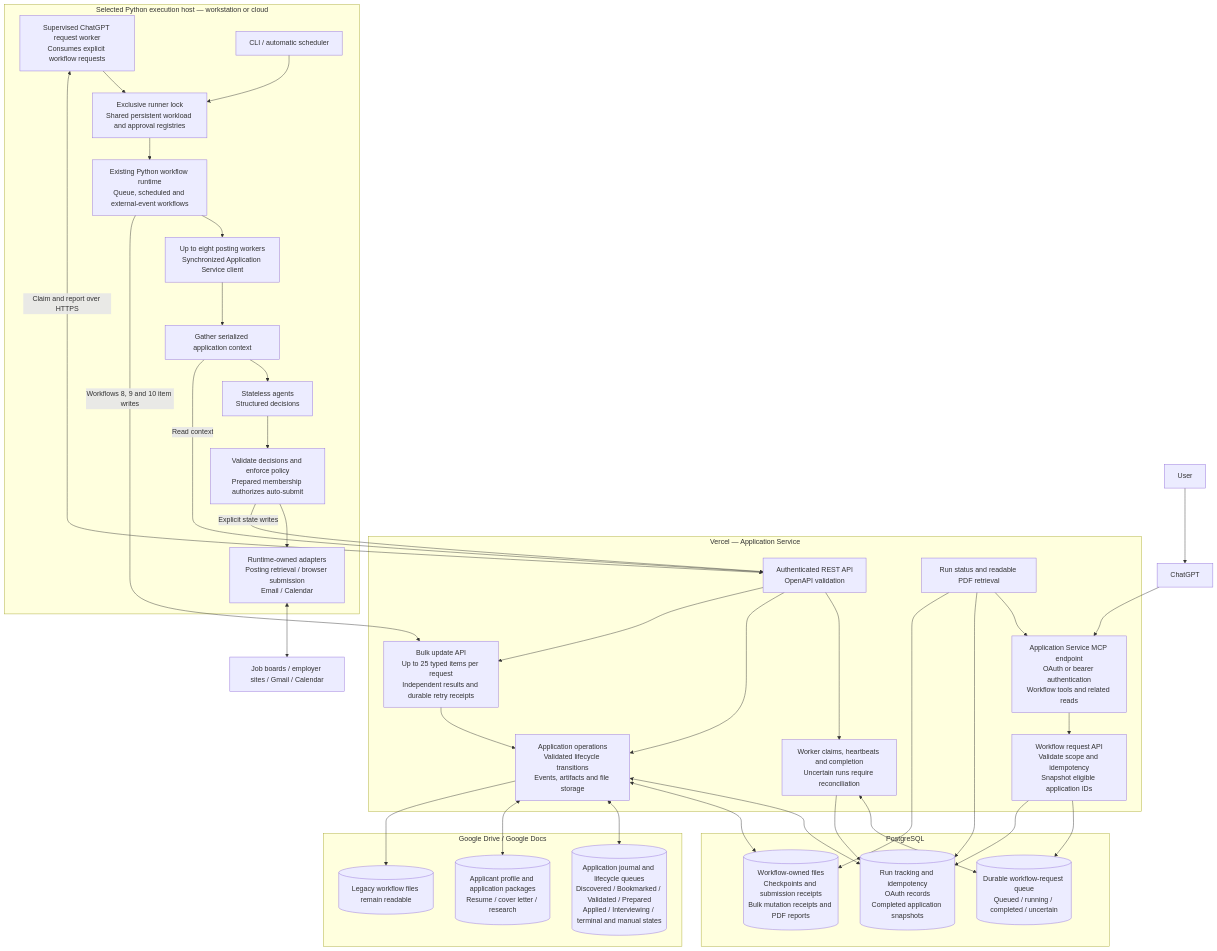
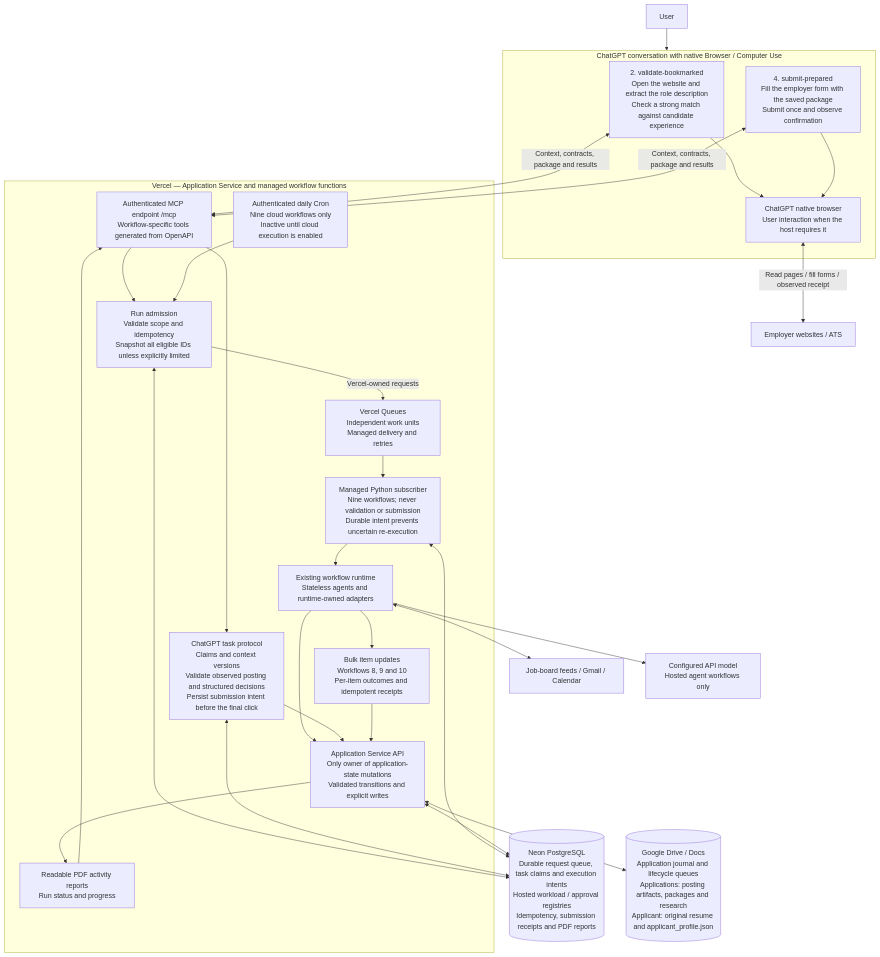
One commit to assafep/ai-job-search-system changed the first of 3 diagrams in docs/architecture.md. Above: the diagram before and after it, drawn with Mermaid. The commit also changed other lines of this file and 40 other files, not shown here.

Commit message:
Execute browser workflows in native ChatGPT through validated MCP tasks

````diff
--- a/docs/architecture.md
+++ b/docs/architecture.md
@@ -12,68 +18,44 @@
 ```mermaid
 flowchart TB
-    USER[User] --> CHAT[ChatGPT]
-    CHAT --> MCP["Application Service MCP endpoint<br/>OAuth or bearer authentication<br/>Workflow tools and related reads"]
+    USER[User] --> CHAT
+    subgraph CHAT["ChatGPT conversation with native Browser / Computer Use"]
+        VALIDATE["2. validate-bookmarked<br/>Open the website and extract the role description<br/>Check a strong match against candidate experience"]
+        SUBMIT["4. submit-prepared<br/>Fill the employer form with the saved package<br/>Submit once and observe confirmation"]
+        BROWSER["ChatGPT native browser<br/>User interaction when the host requires it"]
+        VALIDATE --> BROWSER
+        SUBMIT --> BROWSER
+    end
+    BROWSER <-->|Read pages / fill forms / observed receipt| SITES[Employer websites / ATS]
+    VALIDATE & SUBMIT <-->|Context, contracts, package and results| MCP
 
-    subgraph VERCEL["Vercel — Application Service"]
-        MCP --> RUNAPI["Workflow request API<br/>Validate scope and idempotency<br/>Snapshot eligible application IDs"]
-        REST["Authenticated REST API<br/>OpenAPI validation"]
-        CLAIM["Worker claims, heartbeats and completion<br/>Uncertain runs require reconciliation"]
-        DOMAIN["Application operations<br/>Validated lifecycle transitions<br/>Events, artifacts and file storage"]
-        BULK["Bulk update API<br/>Up to 25 typed items per request<br/>Independent results and durable retry receipts"]
-        REPORT["Run status and readable PDF retrieval"]
-        REST --> CLAIM
-        REST --> DOMAIN
-        REST --> BULK
-        BULK --> DOMAIN
-        REPORT --> MCP
+    subgraph VERCEL["Vercel — Application Service and managed workflow functions"]
+        MCP["Authenticated MCP endpoint /mcp<br/>Workflow-specific tools generated from OpenAPI"]
+        ADMIT["Run admission<br/>Validate scope and idempotency<br/>Snapshot all eligible IDs unless explicitly limited"]
+        TASKS["ChatGPT task protocol<br/>Claims and context versions<br/>Validate observed posting and structured decisions<br/>Persist submission intent before the final click"]
+        CRON["Authenticated daily Cron<br/>Nine cloud workflows only<br/>Inactive until cloud execution is enabled"]
+        QUEUE["Vercel Queues<br/>Independent work units<br/>Managed delivery and retries"]
+        CLOUD["Managed Python subscriber<br/>Nine workflows; never validation or submission<br/>Durable intent prevents uncertain re-execution"]
+        RUNTIME["Existing workflow runtime<br/>Stateless agents and runtime-owned adapters"]
+        API["Application Service API<br/>Only owner of application-state mutations<br/>Validated transitions and explicit writes"]
+        BULK["Bulk item updates<br/>Workflows 8, 9 and 10<br/>Per-item outcomes and idempotent receipts"]
+        REPORT["Readable PDF activity reports<br/>Run status and progress"]
+        MCP --> ADMIT
+        MCP --> TASKS
+        ADMIT -->|Vercel-owned requests| QUEUE
+        CRON --> ADMIT
+        QUEUE --> CLOUD --> RUNTIME --> API
+        TASKS --> API
+        RUNTIME --> BULK --> API
+        API --> REPORT --> MCP
     end
 
-    subgraph SQL[PostgreSQL]
-        REQUESTS[("Durable workflow-request queue<br/>Queued / running / completed / uncertain")]
-        TRACKING[("Run tracking and idempotency<br/>OAuth records<br/>Completed application snapshots")]
-        FILES[("Workflow-owned files<br/>Checkpoints and submission receipts<br/>Bulk mutation receipts and PDF reports")]
-    end
-
-    RUNAPI --> REQUESTS
-    RUNAPI --> TRACKING
-    CLAIM <--> REQUESTS
-    CLAIM --> TRACKING
-    DOMAIN <--> TRACKING
-    DOMAIN <--> FILES
-    REPORT --> TRACKING
-    REPORT --> FILES
-
-    subgraph HOST["Selected Python execution host — workstation or cloud"]
-        WORKER["Supervised ChatGPT request worker<br/>Consumes explicit workflow requests"]
-        CLI[CLI / automatic scheduler]
-        LOCK["Exclusive runner lock<br/>Shared persistent workload and approval registries"]
-        RUNTIME["Existing Python workflow runtime<br/>Queue, scheduled and external-event workflows"]
-        POOL["Up to eight posting workers<br/>Synchronized Application Service client"]
-        CONTEXT[Gather serialized application context]
-        AGENTS["Stateless agents<br/>Structured decisions"]
-        VALIDATE["Validate decisions and enforce policy<br/>Prepared membership authorizes auto-submit"]
-        ADAPTERS["Runtime-owned adapters<br/>Posting retrieval / browser submission<br/>Email / Calendar"]
-        WORKER --> LOCK
-        CLI --> LOCK
-        LOCK --> RUNTIME
-        RUNTIME --> POOL
-        POOL --> CONTEXT --> AGENTS --> VALIDATE
-        VALIDATE --> ADAPTERS
-    end
-
-    WORKER <-->|Claim and report over HTTPS| REST
-    CONTEXT -->|Read context| REST
-    VALIDATE -->|Explicit state writes| REST
-    RUNTIME -->|Workflows 8, 9 and 10 item writes| BULK
-
-    subgraph DRIVE[Google Drive / Google Docs]
-        JOURNAL[("Application journal and lifecycle queues<br/>Discovered / Bookmarked / Validated / Prepared<br/>Applied / Interviewing / terminal and manual states")]
-        ARTIFACTS[("Applicant profile and application packages<br/>Resume / cover letter / research")]
-        LEGACY[(Legacy workflow files remain readable)]
-    end
-
-    DOMAIN <--> JOURNAL
-    DOMAIN <--> ARTIFACTS
-    DOMAIN --> LEGACY
-    ADAPTERS <--> EXTERNAL[Job boards / employer sites / Gmail / Calendar]
+    DB[("Neon PostgreSQL<br/>Durable request queue, task claims and execution intents<br/>Hosted workload / approval registries<br/>Idempotency, submission receipts and PDF reports")]
+    DRIVE[("Google Drive / Docs<br/>Application journal and lifecycle queues<br/>Applications: posting artifacts, packages and research<br/>Applicant: original resume and applicant_profile.json")]
+    EXTERNAL["Job-board feeds / Gmail / Calendar"]
+    MODELS["Configured API model<br/>Hosted agent workflows only"]
+    ADMIT & TASKS & CLOUD <--> DB
+    API <--> DB
+    API <--> DRIVE
+    RUNTIME <--> EXTERNAL
+    RUNTIME --> MODELS
 ```
````
